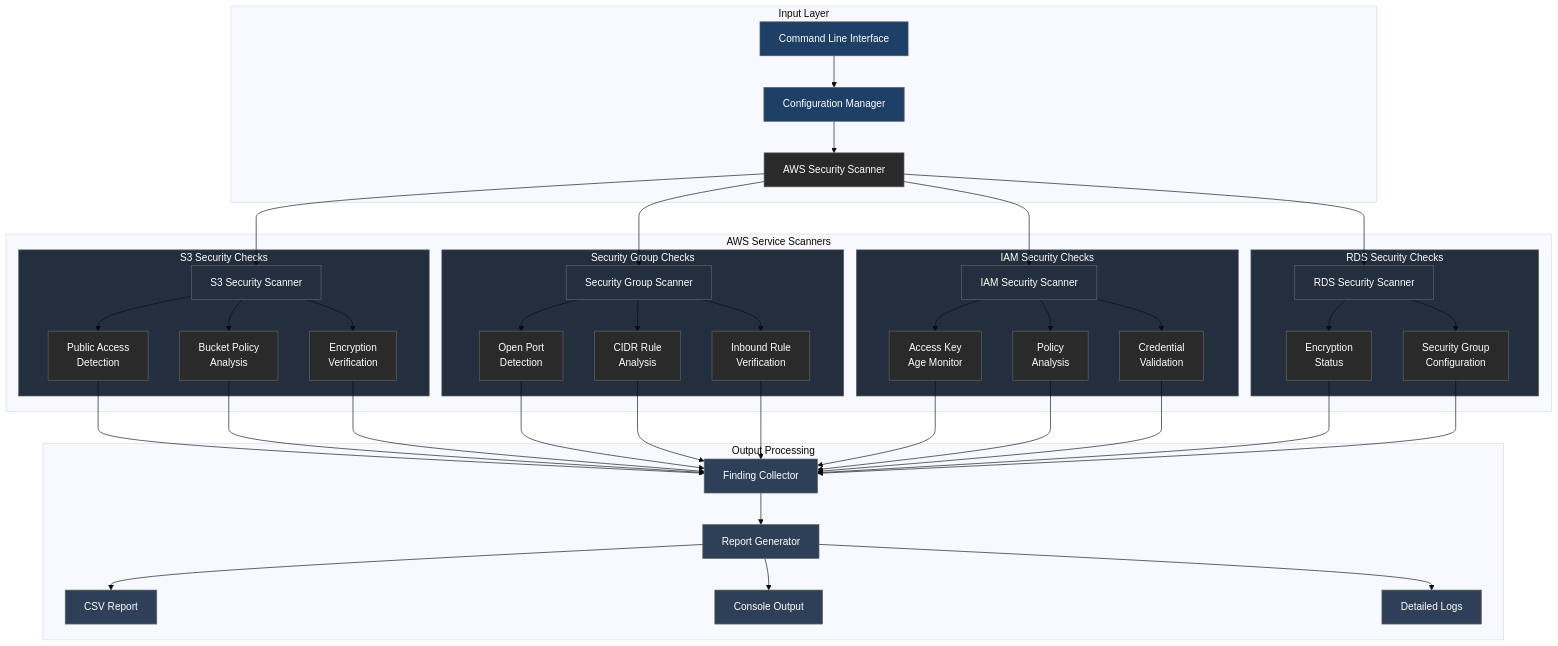
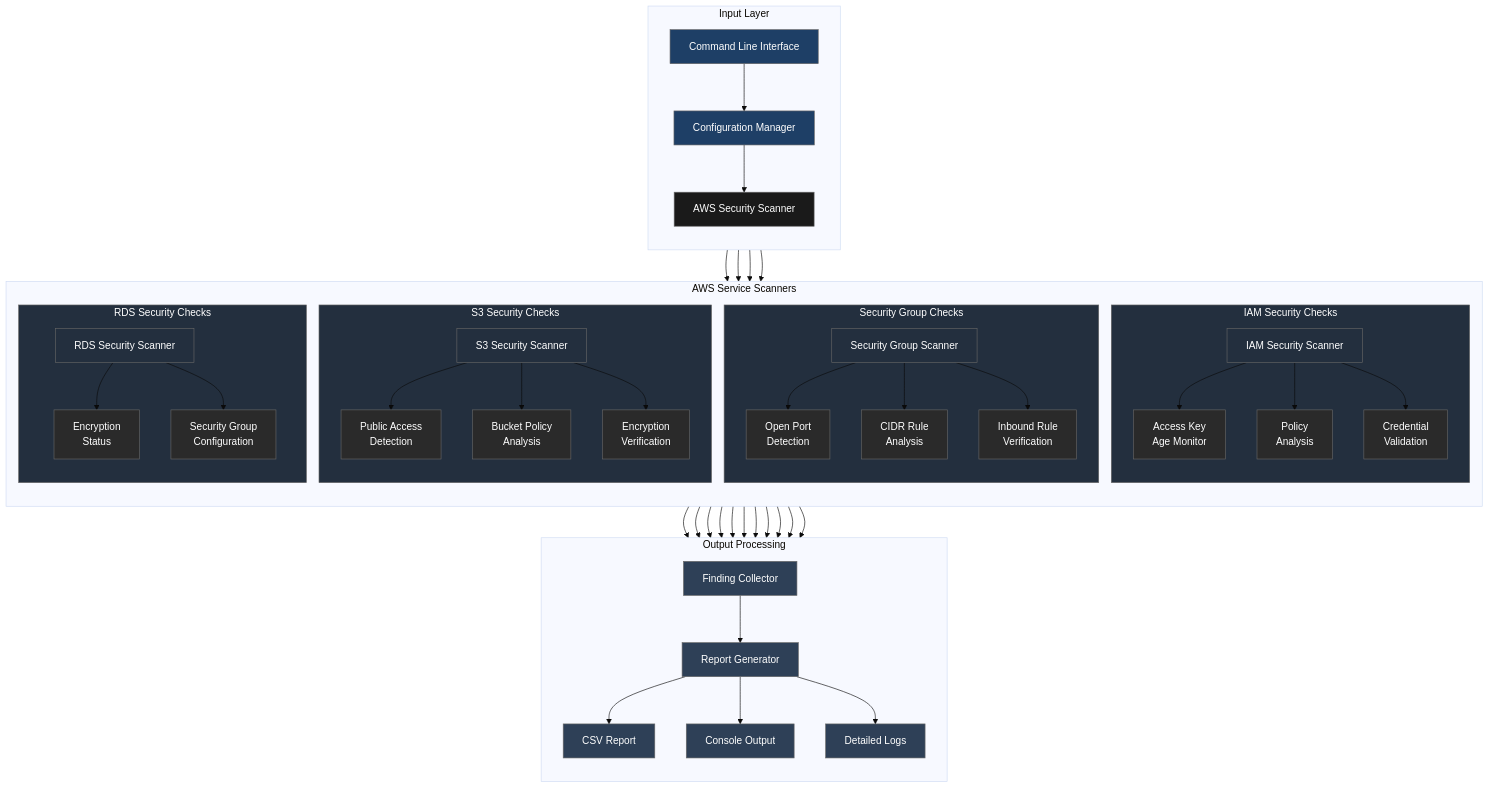
Before and after one commit to moelhaj996/Automated-AWS-Security-Scanner: the second of 2 diagrams in README.md, drawn with Mermaid (base theme). The commit also changed other lines of this file, not shown here.

````diff
--- a/README.md
+++ b/README.md
@@ -195,60 +193,77 @@
 ```mermaid
 flowchart TB
-    subgraph Input ["Input Layer"]
+    subgraph input[Input Layer]
+        direction TB
         CLI[Command Line Interface]
         Config[Configuration Manager]
+        Scanner[AWS Security Scanner]
         CLI --> Config
-        Config --> Scanner[AWS Security Scanner]
+        Config --> Scanner
     end
 
-    subgraph AWS_Services ["AWS Service Scanners"]
-        Scanner --> S3[S3 Security Scanner]
-        Scanner --> SG[Security Group Scanner]
-        Scanner --> IAM[IAM Security Scanner]
-        Scanner --> RDS[RDS Security Scanner]
-
-        subgraph S3_Checks ["S3 Security Checks"]
+    subgraph aws[AWS Service Scanners]
+        direction TB
+        subgraph s3[S3 Security Checks]
+            S3[S3 Security Scanner]
             S3 --> S3_1[Public Access<br/>Detection]
             S3 --> S3_2[Bucket Policy<br/>Analysis]
             S3 --> S3_3[Encryption<br/>Verification]
         end
 
-        subgraph SG_Checks ["Security Group Checks"]
+        subgraph sg[Security Group Checks]
+            SG[Security Group Scanner]
             SG --> SG_1[Open Port<br/>Detection]
             SG --> SG_2[CIDR Rule<br/>Analysis]
             SG --> SG_3[Inbound Rule<br/>Verification]
         end
 
-        subgraph IAM_Checks ["IAM Security Checks"]
+        subgraph iam[IAM Security Checks]
+            IAM[IAM Security Scanner]
             IAM --> IAM_1[Access Key<br/>Age Monitor]
             IAM --> IAM_2[Policy<br/>Analysis]
             IAM --> IAM_3[Credential<br/>Validation]
         end
 
-        subgraph RDS_Checks ["RDS Security Checks"]
+        subgraph rds[RDS Security Checks]
+            RDS[RDS Security Scanner]
             RDS --> RDS_1[Encryption<br/>Status]
             RDS --> RDS_2[Security Group<br/>Configuration]
         end
     end
 
-    subgraph Output ["Output Processing"]
-        S3_1 & S3_2 & S3_3 --> Collector[Finding Collector]
-        SG_1 & SG_2 & SG_3 --> Collector
-        IAM_1 & IAM_2 & IAM_3 --> Collector
-        RDS_1 & RDS_2 --> Collector
+    Scanner --> s3
+    Scanner --> sg
+    Scanner --> iam
+    Scanner --> rds
 
-        Collector --> Reporter[Report Generator]
-        Reporter --> CSV[CSV Report]
-        Reporter --> Console[Console Output]
-        Reporter --> Logger[Detailed Logs]
+    subgraph output[Output Processing]
+        direction TB
+        Collector[Finding Collector]
+        Reporter[Report Generator]
+        CSV[CSV Report]
+        Console[Console Output]
+        Logs[Detailed Logs]
+        
+        Collector --> Reporter
+        Reporter --> CSV
+        Reporter --> Console
+        Reporter --> Logs
     end
 
+    S3_1 & S3_2 & S3_3 --> Collector
+    SG_1 & SG_2 & SG_3 --> Collector
+    IAM_1 & IAM_2 & IAM_3 --> Collector
+    RDS_1 & RDS_2 --> Collector
+
+    %% Styling
     classDef default fill:#2A2A2A,stroke:#666,color:#fff
-    classDef input fill:#1E3F66,stroke:#666,color:#fff
-    classDef aws fill:#232F3E,stroke:#666,color:#fff
-    classDef output fill:#2E4057,stroke:#666,color:#fff
+    classDef inputStyle fill:#1E3F66,stroke:#666,color:#fff
+    classDef awsStyle fill:#232F3E,stroke:#666,color:#fff
+    classDef outputStyle fill:#2E4057,stroke:#666,color:#fff
+    classDef scannerStyle fill:#1a1a1a,stroke:#666,color:#fff
     
-    class CLI,Config input
-    class S3,SG,IAM,RDS,S3_Checks,SG_Checks,IAM_Checks,RDS_Checks aws
-    class Collector,Reporter,CSV,Console,Logger output
+    class CLI,Config inputStyle
+    class Scanner scannerStyle
+    class S3,SG,IAM,RDS,s3,sg,iam,rds awsStyle
+    class Collector,Reporter,CSV,Console,Logs outputStyle
 ```
````
